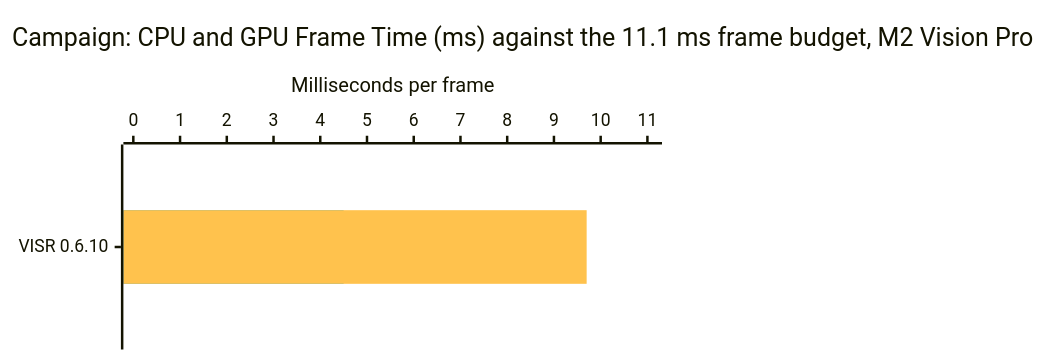
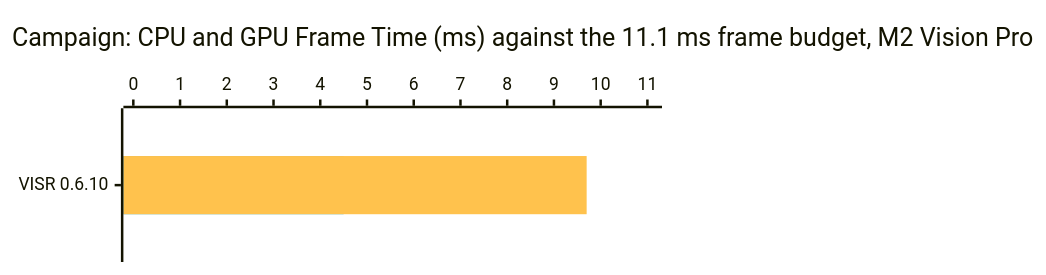
The seventh of 8 diagrams in docs/benchmarks.md (VISR-CE/visr), drawn with Mermaid before and after one commit. The commit also changed other lines of this file and 19 other files, not shown here.

````diff
--- a/docs/benchmarks.md
+++ b/docs/benchmarks.md
@@ -198,17 +198,17 @@
 ```mermaid
 ---
 config:
   xyChart:
     width: 520
-    height: 270
+    height: 200
   themeVariables:
     xyChart:
       plotColorPalette: "#1fa9d4, #ffc24d"
 ---
 xychart-beta horizontal
     title "Campaign: CPU and GPU Frame Time (ms) against the 11.1 ms frame budget, M2 Vision Pro"
     x-axis "" ["VISR 0.6.10"]
     y-axis "Milliseconds per frame" 0 --> 11.1
     bar [4.5]
     bar [9.7]
 ```
````
